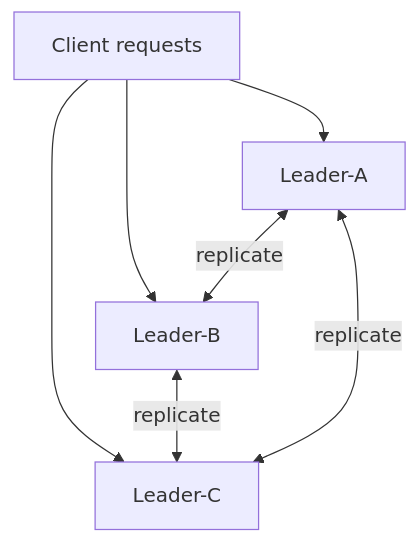
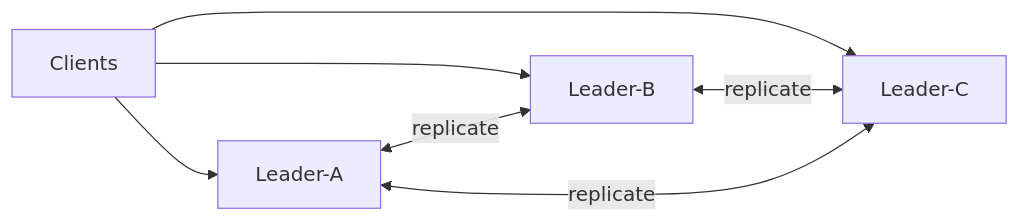
One commit to hareramcse/SystemDesign changed diagram 21 of 43 in 05-distributed-databases/README.md. Above: the diagram before and after it, drawn with Mermaid. The commit also changed other lines of this file and 14 other files, not shown here.

````diff
--- a/05-distributed-databases/README.md
+++ b/05-distributed-databases/README.md
@@ -2486,9 +1352,9 @@
 ```mermaid
-flowchart TB
-    C[Client requests] --> LA[Leader-A]
+flowchart LR
+    C[Clients] --> LA[Leader-A]
     C --> LB[Leader-B]
     C --> LC[Leader-C]
     LA <-->|replicate| LB
     LB <-->|replicate| LC
     LA <-->|replicate| LC
 ```
````
